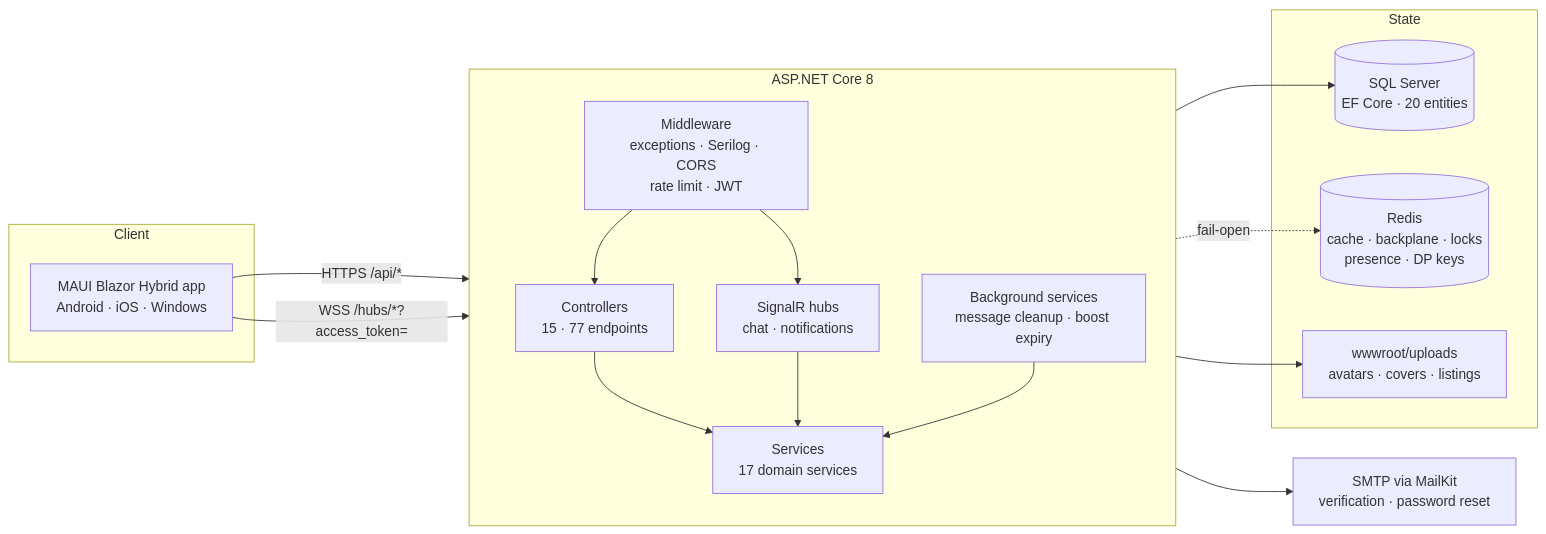
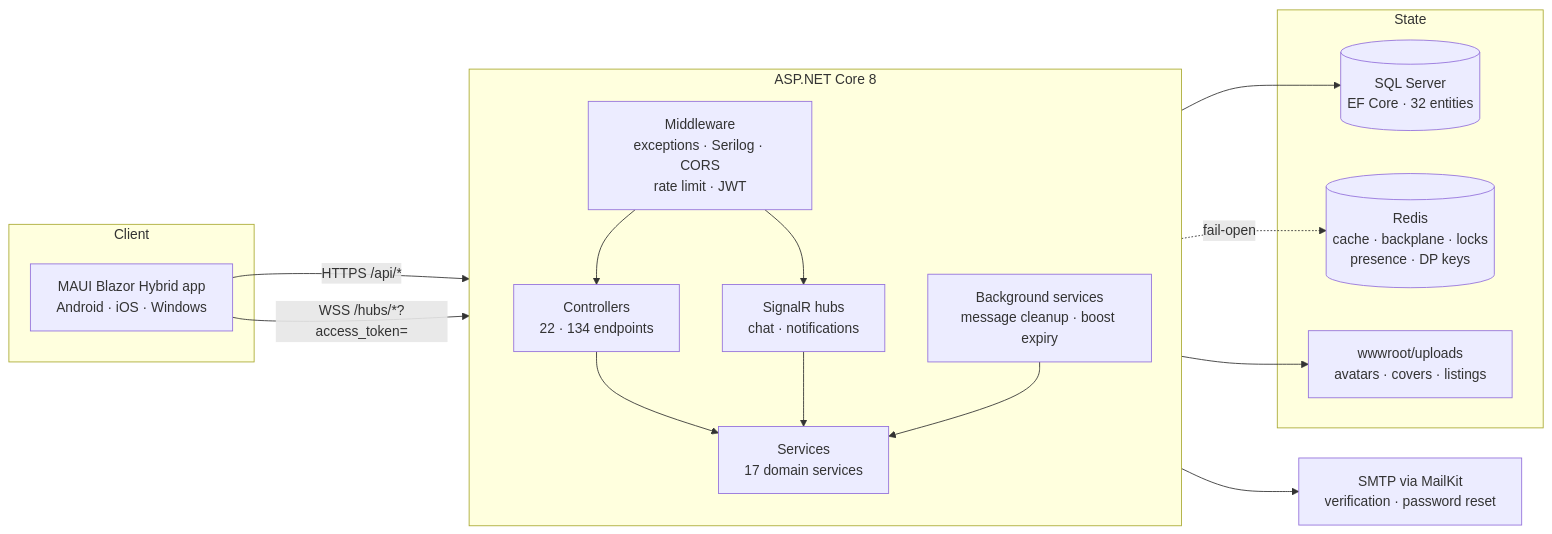
Before and after one commit to djuk1ca/UsluzionicaServer: the diagram in README.md, drawn with Mermaid. The commit also changed other lines of this file and 5 other files, not shown here.

````diff
--- a/README.md
+++ b/README.md
@@ -52,33 +52,33 @@
 ```mermaid
 flowchart LR
     subgraph client["Client"]
         MAUI["MAUI Blazor Hybrid app<br/>Android · iOS · Windows"]
     end
 
     subgraph api["ASP.NET Core 8"]
         direction TB
         MW["Middleware<br/>exceptions · Serilog · CORS<br/>rate limit · JWT"]
-        CTRL["Controllers<br/>15 · 77 endpoints"]
+        CTRL["Controllers<br/>22 · 134 endpoints"]
         HUBS["SignalR hubs<br/>chat · notifications"]
         SVC["Services<br/>17 domain services"]
         BG["Background services<br/>message cleanup · boost expiry"]
         MW --> CTRL --> SVC
         MW --> HUBS --> SVC
         BG --> SVC
     end
 
     subgraph data["State"]
-        SQL[("SQL Server<br/>EF Core · 20 entities")]
+        SQL[("SQL Server<br/>EF Core · 32 entities")]
         REDIS[("Redis<br/>cache · backplane · locks<br/>presence · DP keys")]
         FS["wwwroot/uploads<br/>avatars · covers · listings"]
     end
 
     MAIL["SMTP via MailKit<br/>verification · password reset"]
 
     MAUI -->|"HTTPS /api/*"| MW
     MAUI -->|"WSS /hubs/*?access_token="| MW
     SVC --> SQL
     SVC -.->|"fail-open"| REDIS
     SVC --> FS
     SVC --> MAIL
 ```
````
